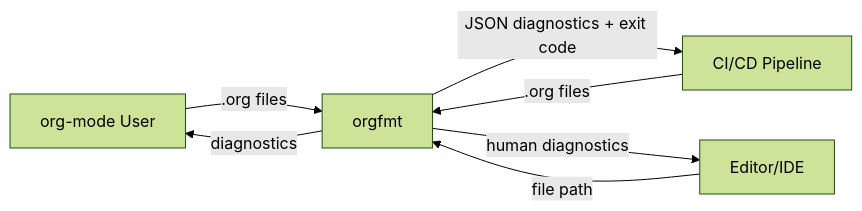
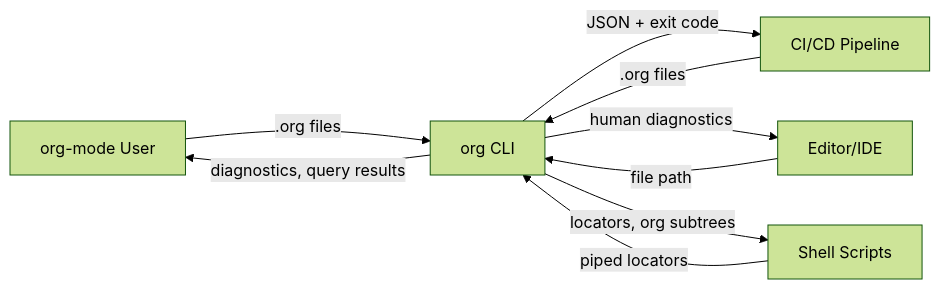
Before and after one commit to lino/org-tools: the first of 4 diagrams in docs/technical/architecture.org, drawn with Mermaid (forest theme). The commit also changed other lines of this file and 1 other file, not shown here.

First line of the commit message:
docs: update architecture for workspace structure and new modules

```diff
--- a/docs/technical/architecture.org
+++ b/docs/technical/architecture.org
@@ -67,9 +70,11 @@
 #+begin_src mermaid :file context.png
 graph LR
-    User["org-mode User"] -->|".org files"| orgfmt
-    orgfmt -->|"diagnostics"| User
-    CI["CI/CD Pipeline"] -->|".org files"| orgfmt
-    orgfmt -->|"JSON diagnostics + exit code"| CI
-    Editor["Editor/IDE"] -->|"file path"| orgfmt
-    orgfmt -->|"human diagnostics"| Editor
+    User["org-mode User"] -->|".org files"| OrgTools["org CLI"]
+    OrgTools -->|"diagnostics, query results"| User
+    CI["CI/CD Pipeline"] -->|".org files"| OrgTools
+    OrgTools -->|"JSON + exit code"| CI
+    Editor["Editor/IDE"] -->|"file path"| OrgTools
+    OrgTools -->|"human diagnostics"| Editor
+    Scripts["Shell Scripts"] -->|"piped locators"| OrgTools
+    OrgTools -->|"locators, org subtrees"| Scripts
 #+end_src
```
